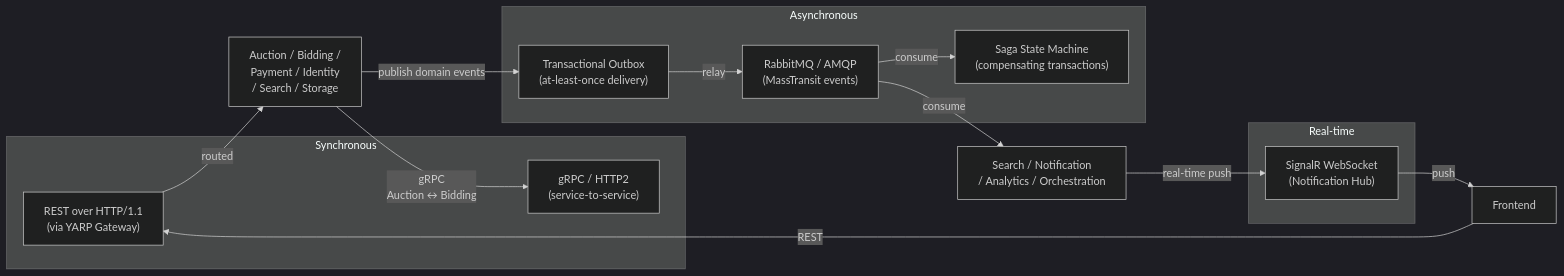
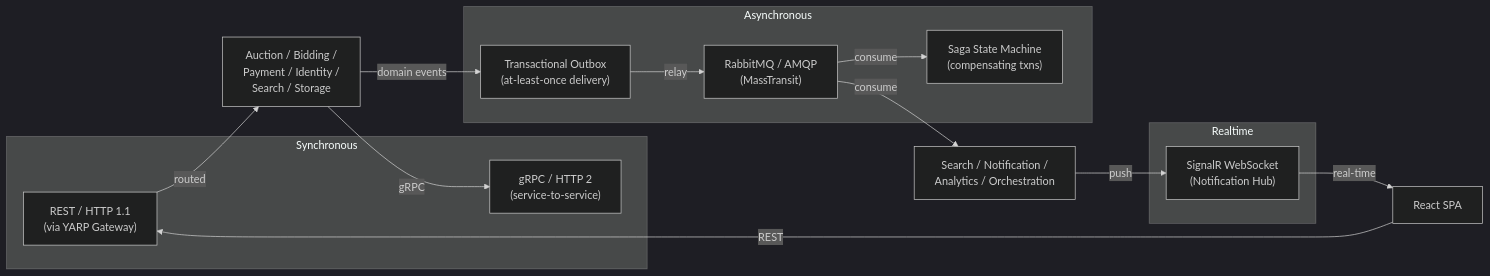
The second of 9 diagrams in README.md (blanho/auction-platform-microservices), drawn with Mermaid (dark theme) before and after one commit. The commit also changed other lines of this file and 5 other files, not shown here.

````diff
--- a/README.md
+++ b/README.md
@@ -185,27 +204,27 @@
 ```mermaid
 graph LR
-    subgraph Sync["Synchronous"]
-        REST["REST over HTTP/1.1\n(via YARP Gateway)"]
-        GRPC["gRPC / HTTP2\n(service-to-service)"]
+    subgraph Synchronous
+        REST["REST / HTTP 1.1<br/>(via YARP Gateway)"]
+        GRPC["gRPC / HTTP 2<br/>(service-to-service)"]
     end
 
-    subgraph Async["Asynchronous"]
-        AMQP["RabbitMQ / AMQP\n(MassTransit events)"]
-        SAGA["Saga State Machine\n(compensating transactions)"]
-        OUTBOX["Transactional Outbox\n(at-least-once delivery)"]
+    subgraph Asynchronous
+        OUTBOX["Transactional Outbox<br/>(at-least-once delivery)"]
+        AMQP["RabbitMQ / AMQP<br/>(MassTransit)"]
+        SAGA["Saga State Machine<br/>(compensating txns)"]
     end
 
-    subgraph Realtime["Real-time"]
-        WS["SignalR WebSocket\n(Notification Hub)"]
+    subgraph Realtime
+        WS["SignalR WebSocket<br/>(Notification Hub)"]
     end
 
-    Frontend --"REST"--> REST
-    REST --"routed"--> AUC_BID_etc["Auction / Bidding /\nPayment / Identity\n/ Search / Storage"]
-    AUC_BID_etc --"gRPC\nAuction ↔ Bidding"--> GRPC
-    AUC_BID_etc --"publish domain events"--> OUTBOX
-    OUTBOX --"relay"--> AMQP
-    AMQP --"consume"--> SAGA
-    AMQP --"consume"--> Subscribers["Search / Notification\n/ Analytics / Orchestration"]
-    Subscribers --"real-time push"--> WS
-    WS --"push"--> Frontend
+    Frontend["React SPA"] --REST--> REST
+    REST --routed--> Backends["Auction / Bidding /<br/>Payment / Identity /<br/>Search / Storage"]
+    Backends --gRPC--> GRPC
+    Backends --domain events--> OUTBOX
+    OUTBOX --relay--> AMQP
+    AMQP --consume--> SAGA
+    AMQP --consume--> Subscribers["Search / Notification /<br/>Analytics / Orchestration"]
+    Subscribers --push--> WS
+    WS --real-time--> Frontend
 ```
````
